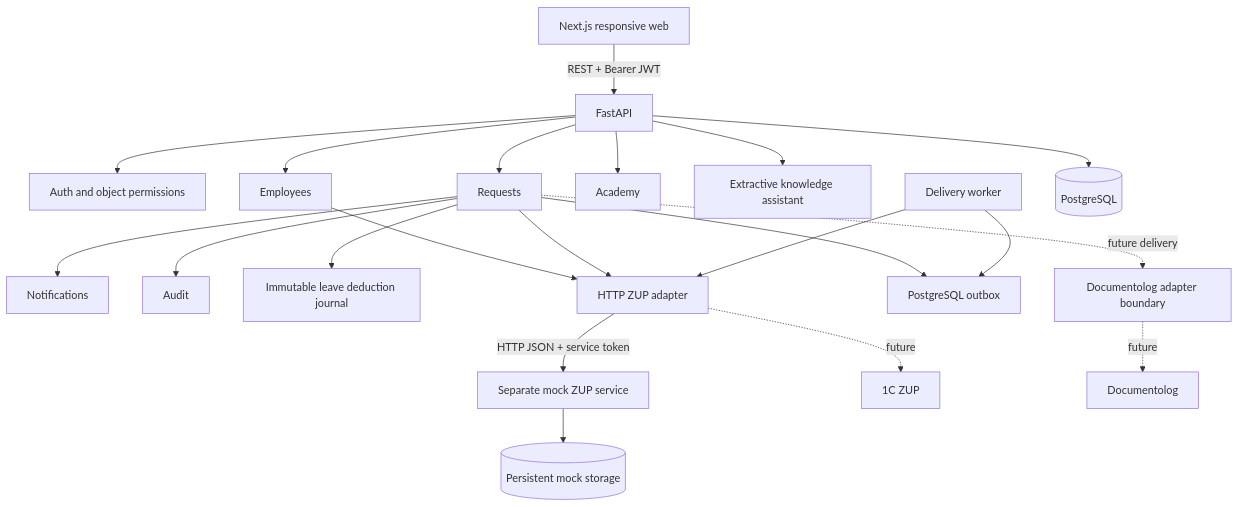
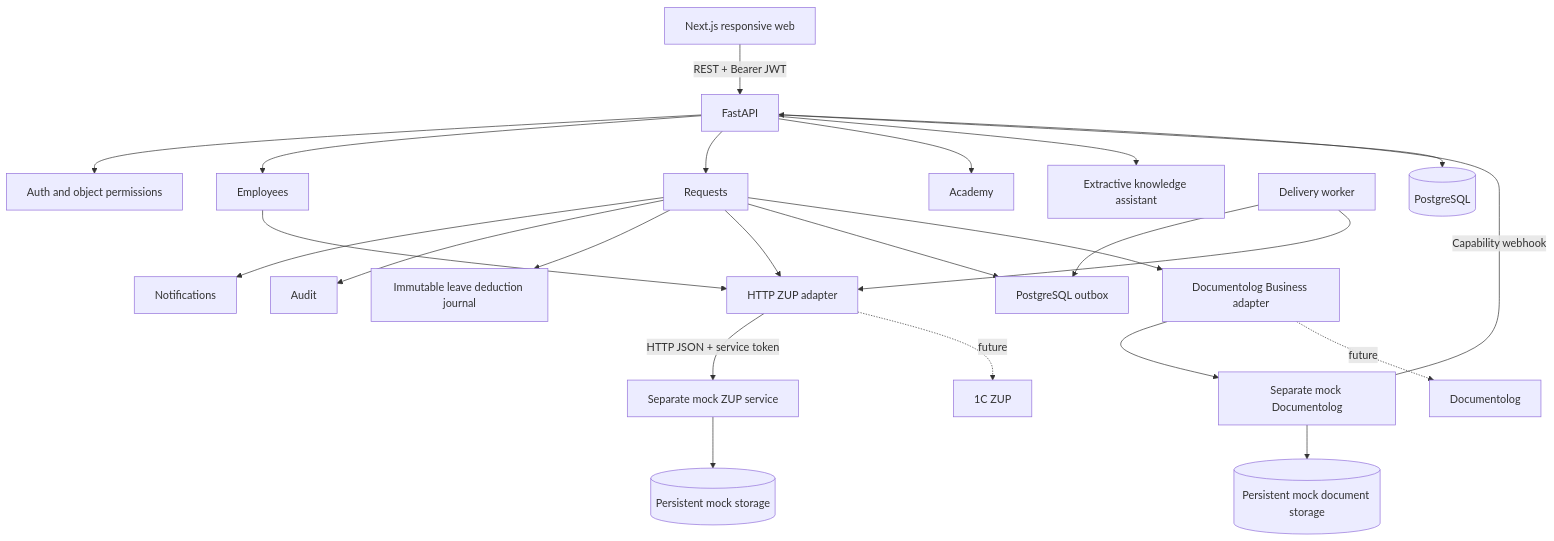
Before and after one commit to bshakaryan/digital-hr: the diagram in docs/architecture.md, drawn with Mermaid. The commit also changed other lines of this file and 28 other files, not shown here.

Commit message:
Add Documentolog mock API and leave document workflow

````diff
--- a/docs/architecture.md
+++ b/docs/architecture.md
@@ -3,23 +3,26 @@
 ```mermaid
 flowchart TD
   Web[Next.js responsive web] -->|REST + Bearer JWT| API[FastAPI]
   API --> Auth[Auth and object permissions]
   API --> Profiles[Employees]
   API --> Requests[Requests]
   API --> Academy[Academy]
   API --> Assistant[Extractive knowledge assistant]
   Requests --> Notifications[Notifications]
   Requests --> Audit[Audit]
   Requests --> LeaveLedger[Immutable leave deduction journal]
   Profiles --> ZUP[HTTP ZUP adapter]
   Requests --> ZUP
   Requests --> Outbox[PostgreSQL outbox]
   Worker[Delivery worker] --> Outbox
   Worker --> ZUP
   ZUP -->|HTTP JSON + service token| Mock[Separate mock ZUP service]
   Mock --> MockDB[(Persistent mock storage)]
-  Requests -. future delivery .-> Docs[Documentolog adapter boundary]
+  Requests --> Docs[Documentolog Business adapter]
+  Docs --> DocMock[Separate mock Documentolog]
+  DocMock --> DocDB[(Persistent mock document storage)]
+  DocMock -->|Capability webhook| API
   API --> DB[(PostgreSQL)]
   ZUP -. future .-> RealZUP[1C ZUP]
   Docs -. future .-> RealDocs[Documentolog]
 ```
````
